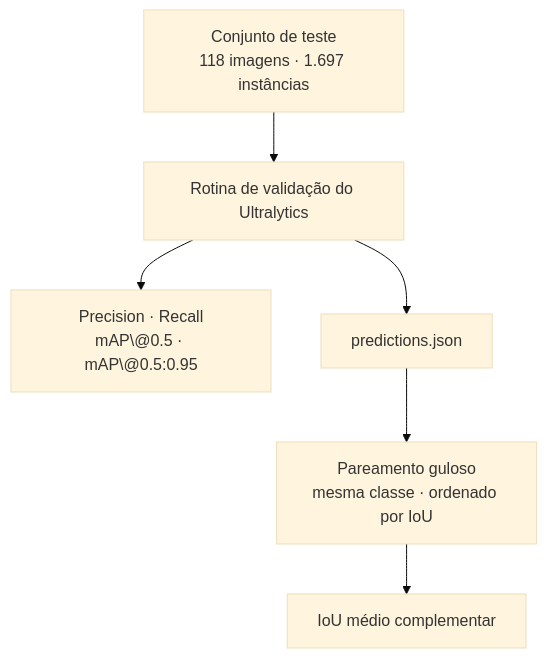
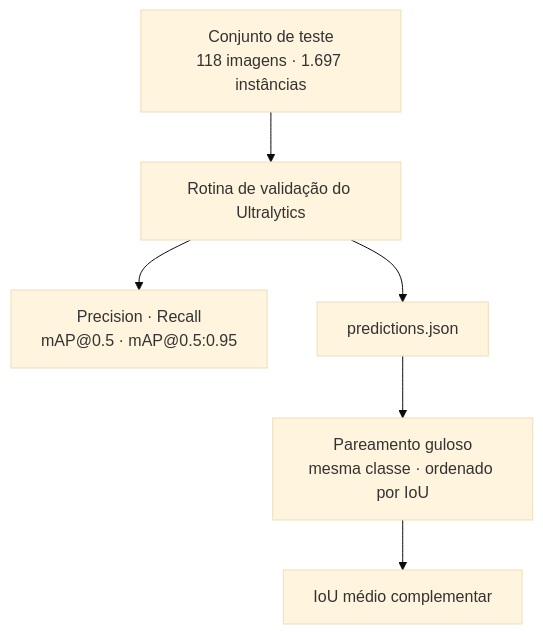
Before and after one commit to el-pitchula/AeroVision: the third of 4 diagrams in README.md, drawn with Mermaid (base theme). The commit also changed other lines of this file, not shown here.

````diff
--- a/README.md
+++ b/README.md
@@ -317,15 +311,15 @@
 ```mermaid
 
 flowchart TD
 
     T["Conjunto de teste<br/>118 imagens · 1.697 instâncias"] --> V["Rotina de validação do Ultralytics"]
 
-    V --> M["Precision · Recall<br/>mAP\@0.5 · mAP\@0.5:0.95"]
+    V --> M["Precision · Recall<br/>mAP@0.5 · mAP@0.5:0.95"]
 
     V --> J["predictions.json"]
 
     J --> P["Pareamento guloso<br/>mesma classe · ordenado por IoU"]
 
     P --> I["IoU médio complementar"]
 
 ```
````
